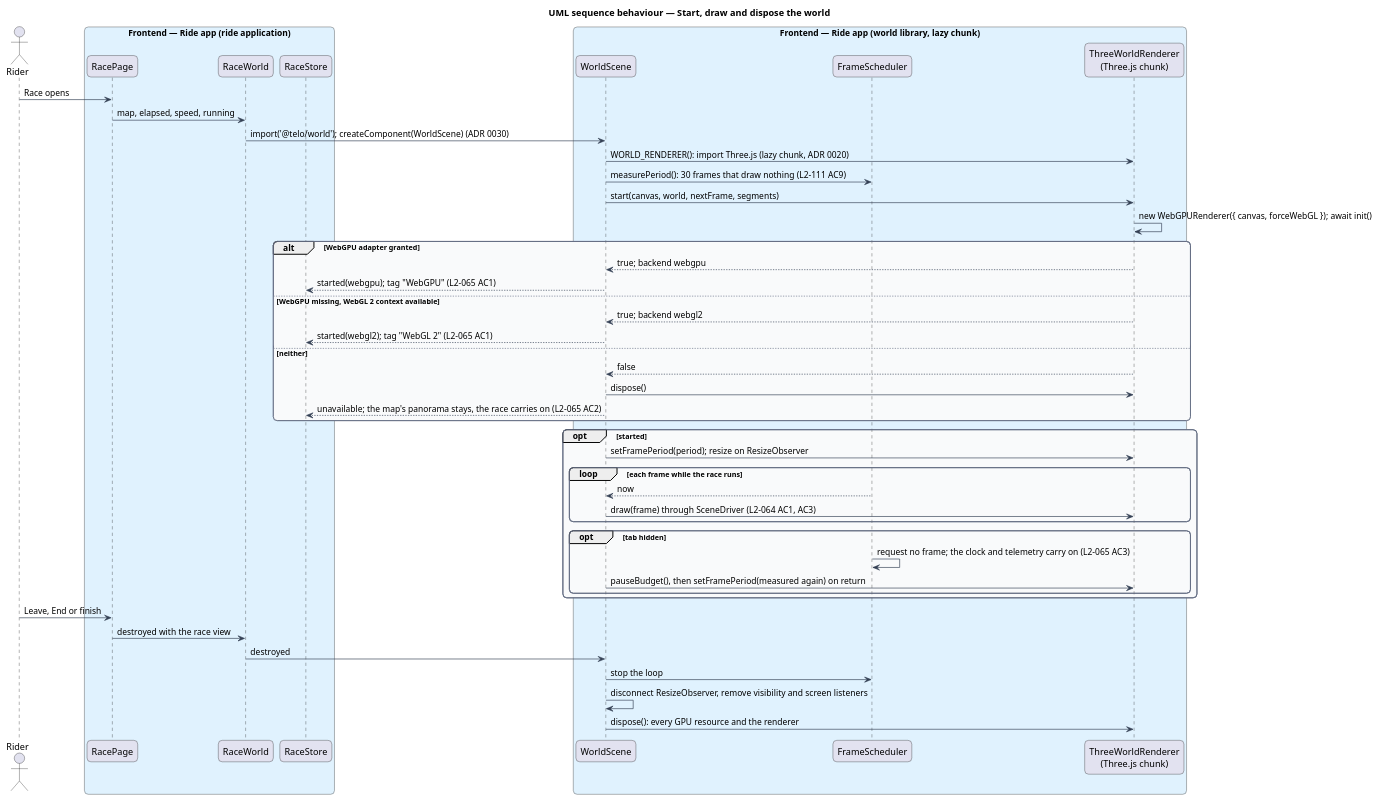
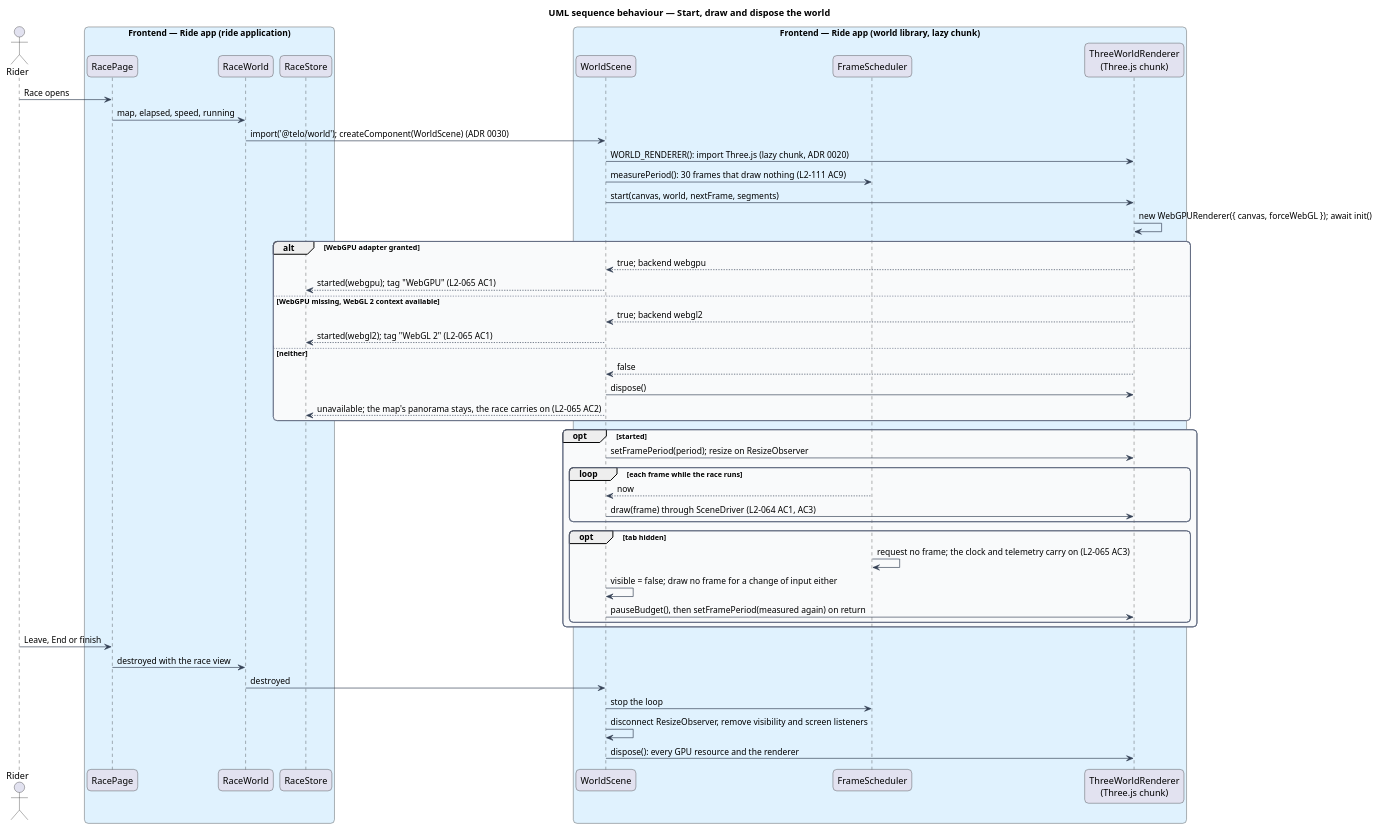
One commit to QuinntyneBrown/ride-one changed the diagram in docs/detailed-designs/race/render-the-race-world/diagrams/sequence-start-draw-and-dispose.puml. Above: the diagram before and after it, drawn with PlantUML. The commit also changed 2 other files, not shown here.

Commit message:
Draw nothing in a hidden tab, in the race world's design

```diff
--- a/docs/detailed-designs/race/render-the-race-world/diagrams/sequence-start-draw-and-dispose.puml
+++ b/docs/detailed-designs/race/render-the-race-world/diagrams/sequence-start-draw-and-dispose.puml
@@ -1,63 +1,64 @@
 @startuml
 title UML sequence behaviour — Start, draw and dispose the world
 skinparam backgroundColor #FFFFFF
 skinparam shadowing false
 skinparam roundcorner 12
 skinparam defaultFontName Arial
 skinparam ArrowColor #344054
 skinparam rectangle {
   BorderColor #344054
   FontColor #101828
 }
 skinparam package {
   BorderColor #667085
   FontColor #101828
   BackgroundColor #F9FAFB
 }
 actor "Rider" as actor
 box "Frontend — Ride app (ride application)" #E0F2FE
   participant "RacePage" as page
   participant "RaceWorld" as outlet
   participant "RaceStore" as store
 end box
 box "Frontend — Ride app (world library, lazy chunk)" #E0F2FE
   participant "WorldScene" as scene
   participant "FrameScheduler" as frames
   participant "ThreeWorldRenderer\n(Three.js chunk)" as renderer
 end box
 actor -> page : Race opens
 page -> outlet : map, elapsed, speed, running
 outlet -> scene : import('@telo/world'); createComponent(WorldScene) (ADR 0030)
 scene -> renderer : WORLD_RENDERER(): import Three.js (lazy chunk, ADR 0020)
 scene -> frames : measurePeriod(): 30 frames that draw nothing (L2-111 AC9)
 scene -> renderer : start(canvas, world, nextFrame, segments)
 renderer -> renderer : new WebGPURenderer({ canvas, forceWebGL }); await init()
 alt WebGPU adapter granted
   renderer --> scene : true; backend webgpu
   scene --> store : started(webgpu); tag "WebGPU" (L2-065 AC1)
 else WebGPU missing, WebGL 2 context available
   renderer --> scene : true; backend webgl2
   scene --> store : started(webgl2); tag "WebGL 2" (L2-065 AC1)
 else neither
   renderer --> scene : false
   scene -> renderer : dispose()
   scene --> store : unavailable; the map's panorama stays, the race carries on (L2-065 AC2)
 end
 opt started
   scene -> renderer : setFramePeriod(period); resize on ResizeObserver
   loop each frame while the race runs
     frames --> scene : now
     scene -> renderer : draw(frame) through SceneDriver (L2-064 AC1, AC3)
   end
   opt tab hidden
     frames -> frames : request no frame; the clock and telemetry carry on (L2-065 AC3)
+    scene -> scene : visible = false; draw no frame for a change of input either
     scene -> renderer : pauseBudget(), then setFramePeriod(measured again) on return
   end
 end
 actor -> page : Leave, End or finish
 page -> outlet : destroyed with the race view
 outlet -> scene : destroyed
 scene -> frames : stop the loop
 scene -> scene : disconnect ResizeObserver, remove visibility and screen listeners
 scene -> renderer : dispose(): every GPU resource and the renderer
 @enduml
```
